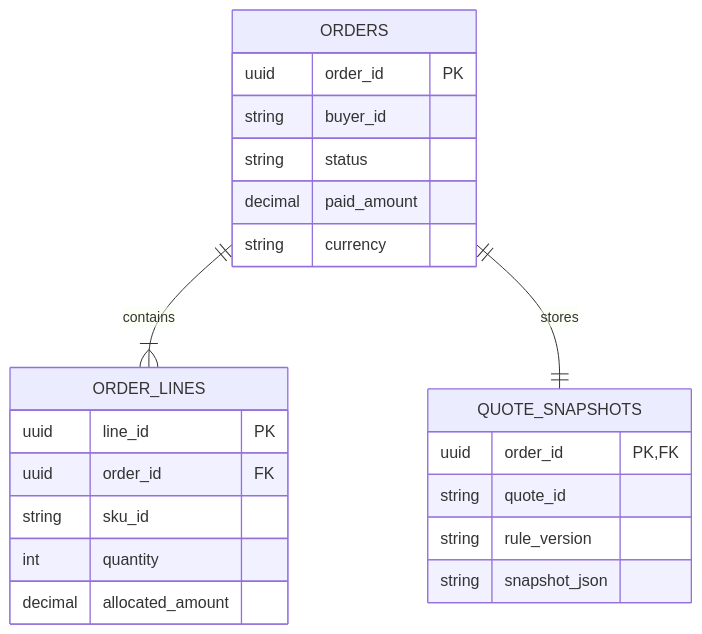
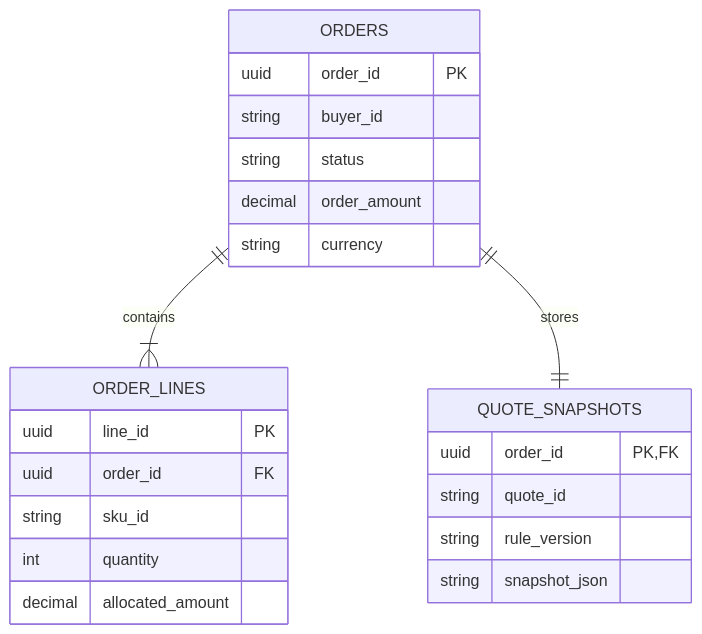
Before and after one commit to wxquare/wxquare.github.io: the diagram in source/diagrams/07-engineering-diagrams-ai-workflow/10-er.mmd, drawn with Mermaid. The commit also changed 12 other files, not shown here.

Commit message:
docs: refine engineering diagrams article

```diff
--- a/source/diagrams/07-engineering-diagrams-ai-workflow/10-er.mmd
+++ b/source/diagrams/07-engineering-diagrams-ai-workflow/10-er.mmd
@@ -1,23 +1,23 @@
 erDiagram
   ORDERS ||--|{ ORDER_LINES : contains
   ORDERS ||--|| QUOTE_SNAPSHOTS : stores
   ORDERS {
     uuid order_id PK
     string buyer_id
     string status
-    decimal paid_amount
+    decimal order_amount
     string currency
   }
   ORDER_LINES {
     uuid line_id PK
     uuid order_id FK
     string sku_id
     int quantity
     decimal allocated_amount
   }
   QUOTE_SNAPSHOTS {
     uuid order_id PK,FK
     string quote_id
     string rule_version
     string snapshot_json
   }
```
